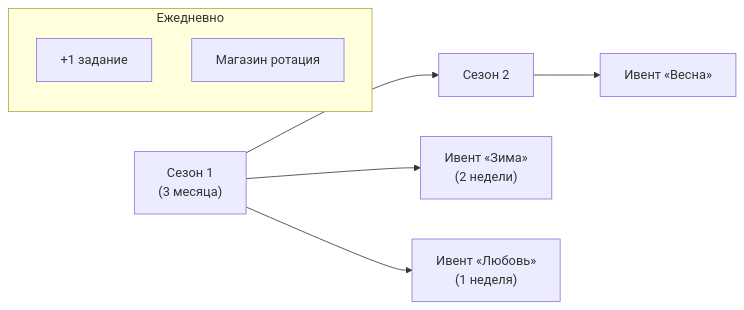
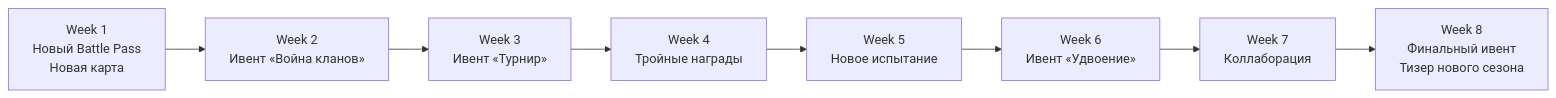
The second of 3 diagrams in docs/specialization/gamedev-liveops.md (sergeyodnoval-bot/sysanalyst-kb.github.io), drawn with Mermaid before and after one commit. The commit also changed other lines of this file and 7 other files, not shown here.

````diff
--- a/docs/specialization/gamedev-liveops.md
+++ b/docs/specialization/gamedev-liveops.md
@@ -46,11 +79,10 @@
 ```mermaid
 flowchart LR
-    S1["Сезон 1<br/>(3 месяца)"] --> S2["Сезон 2"]
-    S1 --> EV1["Ивент «Зима»<br/>(2 недели)"]
-    S1 --> EV2["Ивент «Любовь»<br/>(1 неделя)"]
-    S2 --> EV3["Ивент «Весна»"]
-    subgraph DAILY["Ежедневно"]
-        D1["+1 задание"]
-        D2["Магазин ротация"]
-    end
+    W1["Week 1<br/>Новый Battle Pass<br/>Новая карта"] --> W2["Week 2<br/>Ивент «Война кланов»"]
+    W2 --> W3["Week 3<br/>Ивент «Турнир»"]
+    W3 --> W4["Week 4<br/>Тройные награды"]
+    W4 --> W5["Week 5<br/>Новое испытание"]
+    W5 --> W6["Week 6<br/>Ивент «Удвоение»"]
+    W6 --> W7["Week 7<br/>Коллаборация"]
+    W7 --> W8["Week 8<br/>Финальный ивент<br/>Тизер нового сезона"]
 ```
````
